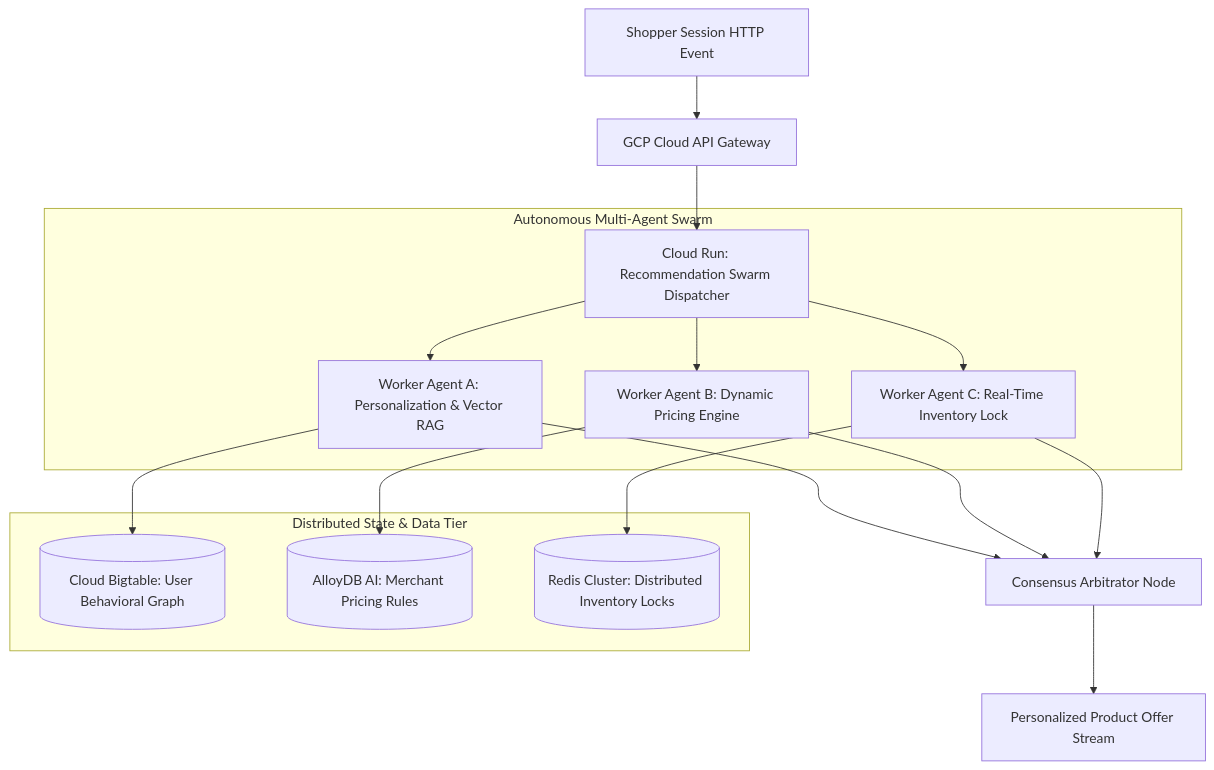
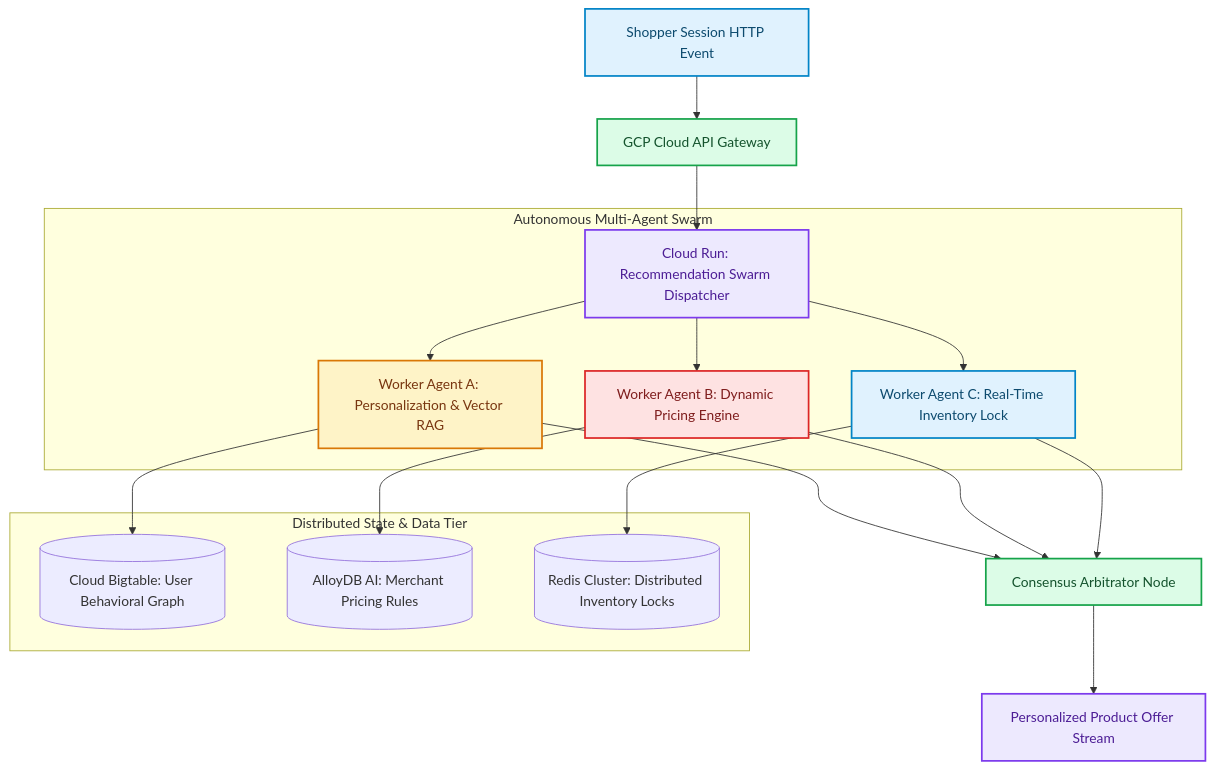
Before and after one commit to akmalkhaniub/akmalkhaniub.github.io: the diagram in blog/posts/case-study-ecommerce-multi-tenant-recommendation-swarm.md, drawn with Mermaid. The commit also changed other lines of this file and 1291 other files, not shown here.

First line of the commit message:
feat(catalog): unique covers, scholarly references, and diagram palettes

````diff
--- a/blog/posts/case-study-ecommerce-multi-tenant-recommendation-swarm.md
+++ b/blog/posts/case-study-ecommerce-multi-tenant-recommendation-swarm.md
@@ -40,22 +40,33 @@
 ```mermaid
 flowchart TD
-  A[Shopper Session HTTP Event] --> B[GCP Cloud API Gateway]
-  B --> C[Cloud Run: Recommendation Swarm Dispatcher]
+  A["Shopper Session HTTP Event"] --> B["GCP Cloud API Gateway"]
+  B --> C["Cloud Run: Recommendation Swarm Dispatcher"]
   
   subgraph SG1_AutonomousMultiAgent ["Autonomous Multi-Agent Swarm"]
-    C --> D[Worker Agent A: Personalization & Vector RAG]
-    C --> E[Worker Agent B: Dynamic Pricing Engine]
-    C --> F[Worker Agent C: Real-Time Inventory Lock]
+    C --> D["Worker Agent A: Personalization & Vector RAG"]
+    C --> E["Worker Agent B: Dynamic Pricing Engine"]
+    C --> F["Worker Agent C: Real-Time Inventory Lock"]
   end
   
   subgraph SG2_DistributedStateData ["Distributed State & Data Tier"]
     D --> G[(Cloud Bigtable: User Behavioral Graph)]
     E --> H[(AlloyDB AI: Merchant Pricing Rules)]
     F --> I[(Redis Cluster: Distributed Inventory Locks)]
   end
   
-  D --> J[Consensus Arbitrator Node]
+  D --> J["Consensus Arbitrator Node"]
   E --> J
   F --> J
-  J --> K[Personalized Product Offer Stream]
+  J --> K["Personalized Product Offer Stream"]
+
+classDef green fill:#dcfce7,stroke:#16a34a,stroke-width:2px,color:#14532d;
+classDef red fill:#fee2e2,stroke:#dc2626,stroke-width:2px,color:#7f1d1d;
+classDef blue fill:#e0f2fe,stroke:#0284c7,stroke-width:2px,color:#0c4a6e;
+classDef yellow fill:#fef3c7,stroke:#d97706,stroke-width:2px,color:#78350f;
+classDef purple fill:#ede9fe,stroke:#7c3aed,stroke-width:2px,color:#4c1d95;
+class A,F blue
+class B,J green
+class C,K purple
+class D yellow
+class E red
 ```
````
